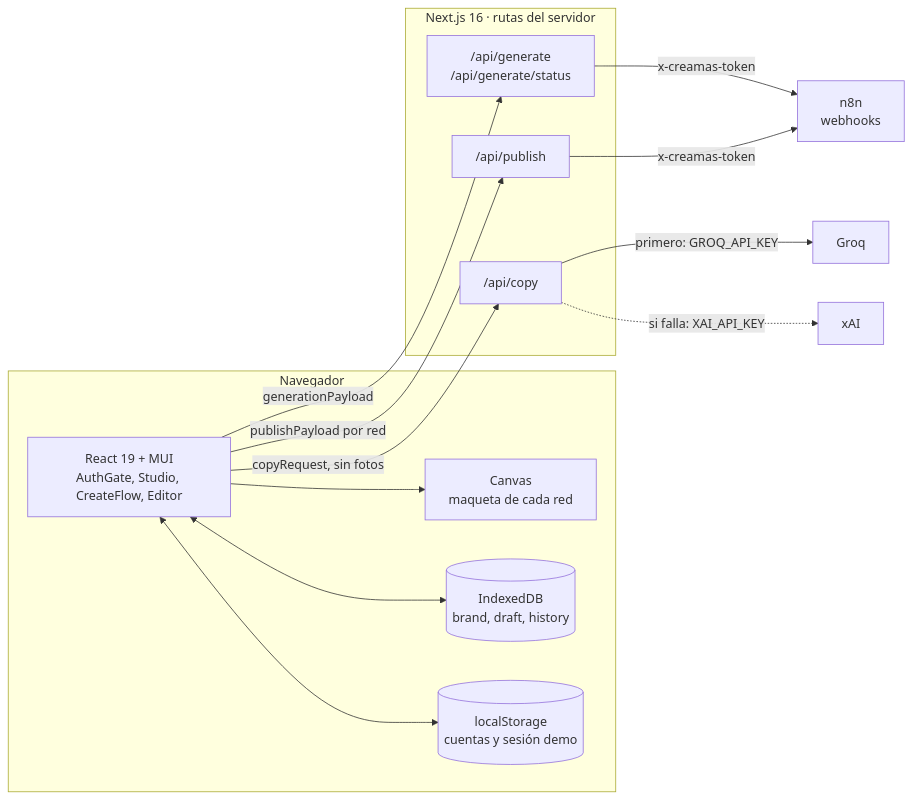
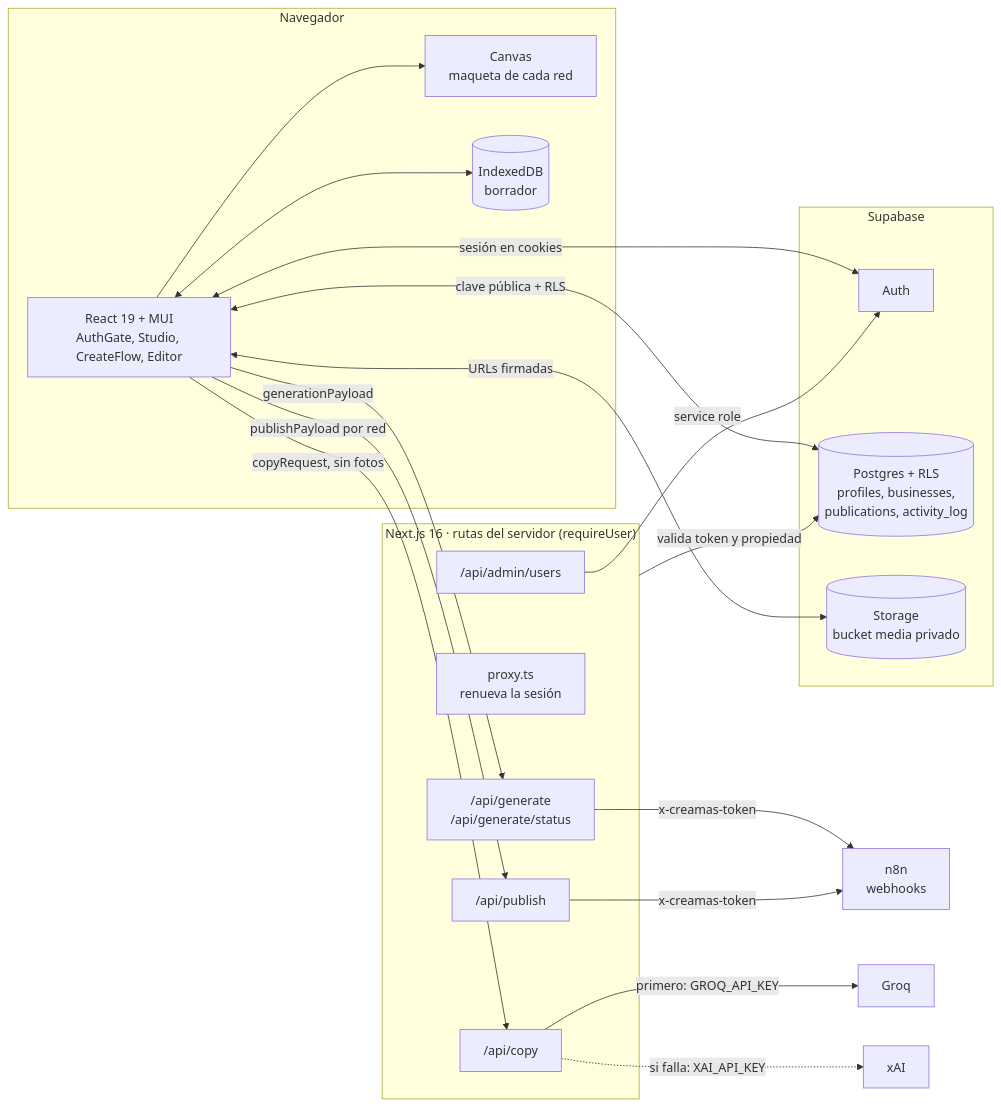
Before and after one commit to JeffersonVargasH/proj-automatizacion: the second of 14 diagrams in README.md, drawn with Mermaid. The commit also changed other lines of this file and 177 other files, not shown here.

````diff
--- a/README.md
+++ b/README.md
@@ -232,30 +245,41 @@
 ```mermaid
 flowchart LR
   subgraph NAV["Navegador"]
     UI["React 19 + MUI<br/>AuthGate, Studio, CreateFlow, Editor"]
     CV["Canvas<br/>maqueta de cada red"]
-    IDB[("IndexedDB<br/>brand, draft, history")]
-    LS[("localStorage<br/>cuentas y sesión demo")]
+    IDB[("IndexedDB<br/>borrador")]
   end
 
-  subgraph NEXT["Next.js 16 · rutas del servidor"]
+  subgraph NEXT["Next.js 16 · rutas del servidor (requireUser)"]
+    PX["proxy.ts<br/>renueva la sesión"]
     GEN["/api/generate<br/>/api/generate/status"]
     COPY["/api/copy"]
     PUB["/api/publish"]
+    ADMR["/api/admin/users"]
+  end
+
+  subgraph SB["Supabase"]
+    AUTH["Auth"]
+    PG[("Postgres + RLS<br/>profiles, businesses,<br/>publications, activity_log")]
+    STO[("Storage<br/>bucket media privado")]
   end
 
   N8N["n8n<br/>webhooks"]
   GROQ["Groq"]
   XAI["xAI"]
 
   UI --> CV
   UI <--> IDB
-  UI <--> LS
+  UI <-->|"sesión en cookies"| AUTH
+  UI <-->|"clave pública + RLS"| PG
+  UI <-->|"URLs firmadas"| STO
+  NEXT -->|"valida token y propiedad"| PG
+  ADMR -->|"service role"| AUTH
   UI -->|"generationPayload"| GEN
   UI -->|"copyRequest, sin fotos"| COPY
   UI -->|"publishPayload por red"| PUB
   GEN -->|"x-creamas-token"| N8N
   PUB -->|"x-creamas-token"| N8N
   COPY -->|"primero: GROQ_API_KEY"| GROQ
   COPY -.->|"si falla: XAI_API_KEY"| XAI
 ```
````
